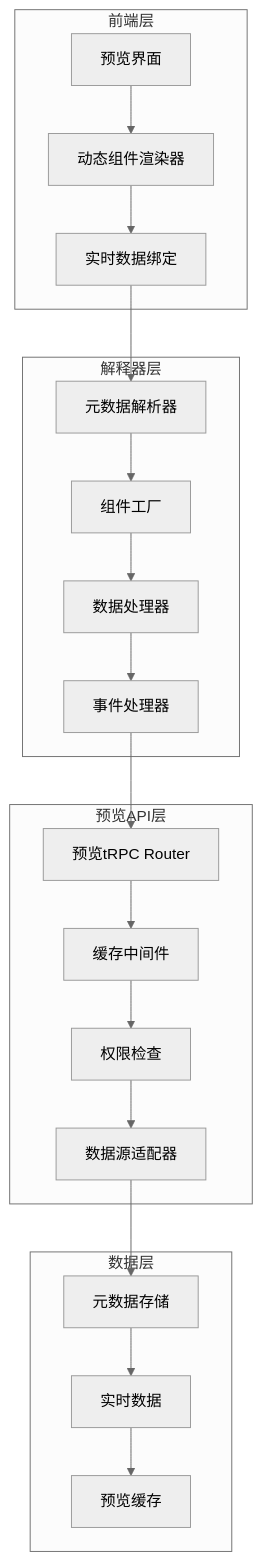
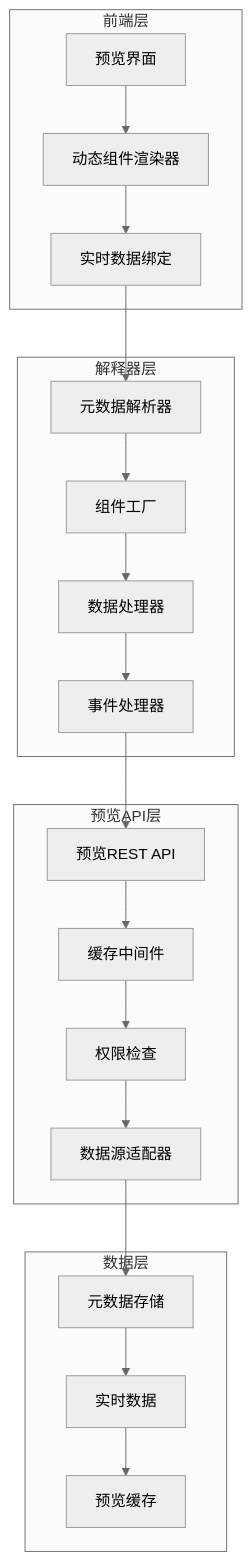
One commit to bobo522487/fastbuild changed the diagram in docs/tech-spec-epic-3.md. Above: the diagram before and after it, drawn with Mermaid (neutral theme). The commit also changed other lines of this file and 83 other files, not shown here.

````diff
--- a/docs/tech-spec-epic-3.md
+++ b/docs/tech-spec-epic-3.md
@@ -30,28 +30,28 @@
 ```mermaid
 graph TD
     subgraph "前端层"
         A[预览界面] --> B[动态组件渲染器]
         B --> C[实时数据绑定]
     end
 
     subgraph "解释器层"
         D[元数据解析器] --> E[组件工厂]
         E --> F[数据处理器]
         F --> G[事件处理器]
     end
 
     subgraph "预览API层"
-        H[预览tRPC Router] --> I[缓存中间件]
+        H[预览REST API] --> I[缓存中间件]
         I --> J[权限检查]
         J --> K[数据源适配器]
     end
 
     subgraph "数据层"
         L[元数据存储] --> M[实时数据]
         M --> N[预览缓存]
     end
 
     C --> D
     G --> H
     K --> L
 ```
````
